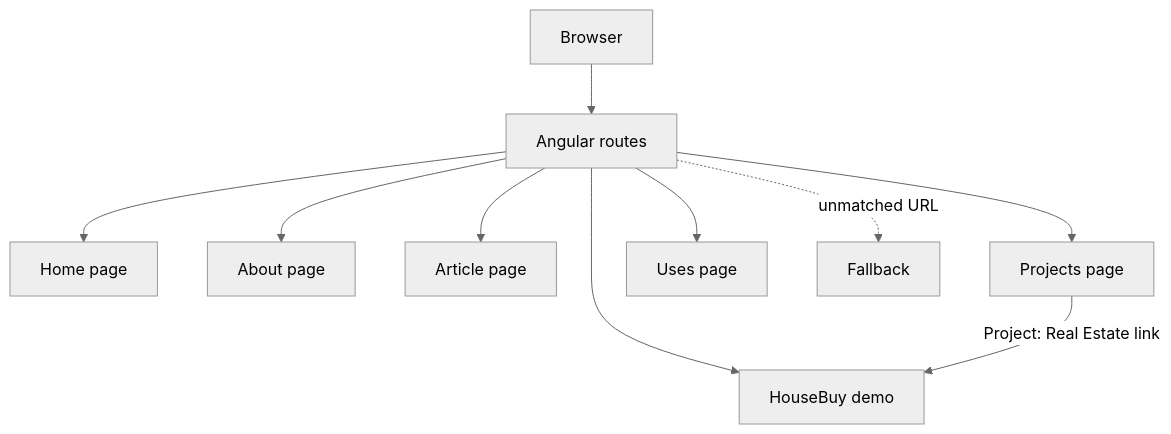
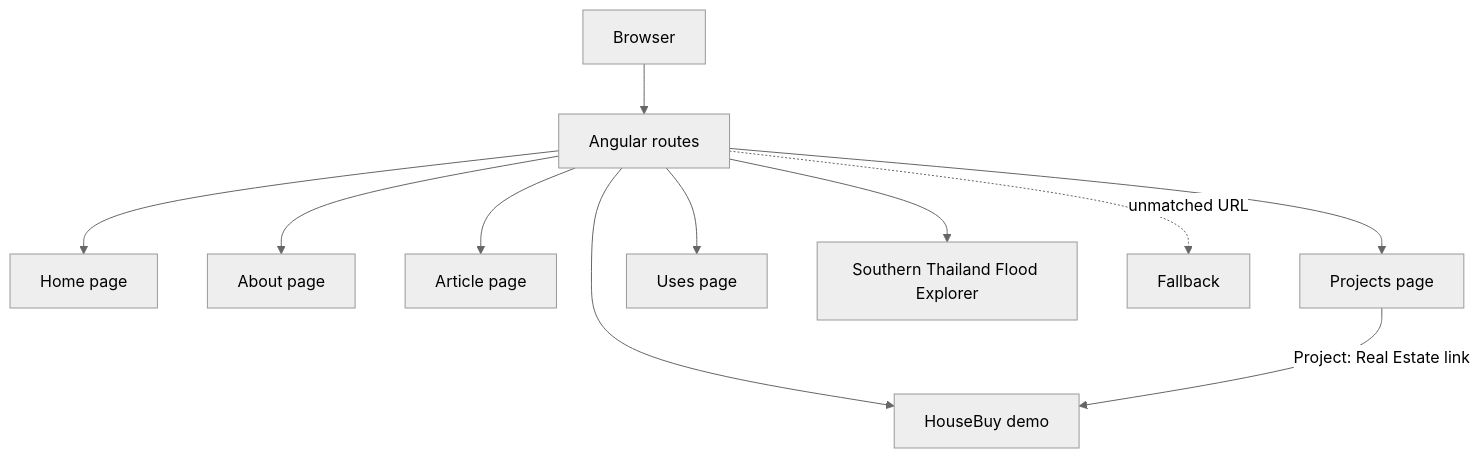
One commit to kanokrot/gis-app changed the first of 5 diagrams in README.md. Above: the diagram before and after it, drawn with Mermaid (neutral theme). The commit also changed other lines of this file, not shown here.

Commit message:
Document Southern Thailand Flood Explorer

````diff
--- a/README.md
+++ b/README.md
@@ -73,12 +82,13 @@
 ```mermaid
 flowchart TD
     Browser[Browser] --> Routes[Angular routes]
     Routes --> Home[Home page]
     Routes --> About[About page]
     Routes --> Article[Article page]
     Routes --> Projects[Projects page]
     Routes --> Uses[Uses page]
     Routes --> GIS[HouseBuy demo]
+    Routes --> Flood[Southern Thailand Flood Explorer]
     Projects -->|Project: Real Estate link| GIS
     Routes -. unmatched URL .-> Fallback
 ```
````
